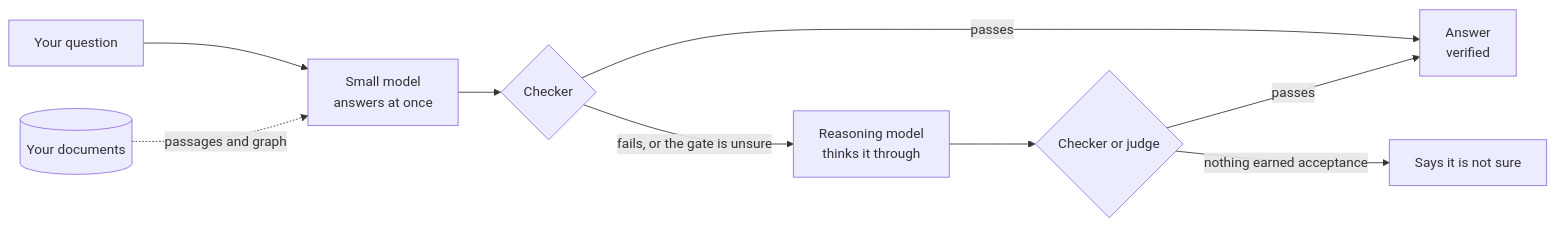
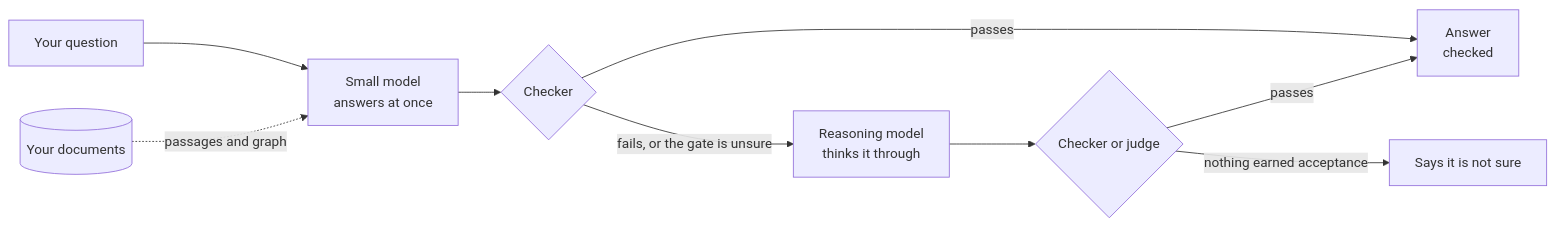
Before and after one commit to rismanmattotorang/nafsaql: the diagram in README.md, drawn with Mermaid. The commit also changed other lines of this file and 56 other files, not shown here.

````diff
--- a/README.md
+++ b/README.md
@@ -79,11 +71,11 @@
 ```mermaid
 flowchart LR
   Q["Your question"] --> S1["Small model<br/>answers at once"]
   S1 --> C{"Checker"}
-  C -->|"passes"| A["Answer<br/>verified"]
+  C -->|"passes"| A["Answer<br/>checked"]
   C -->|"fails, or the gate is unsure"| S2["Reasoning model<br/>thinks it through"]
   S2 --> C2{"Checker or judge"}
   C2 -->|"passes"| A
   C2 -->|"nothing earned acceptance"| X["Says it is not sure"]
   K[("Your documents")] -.->|"passages and graph"| S1
 ```
````
